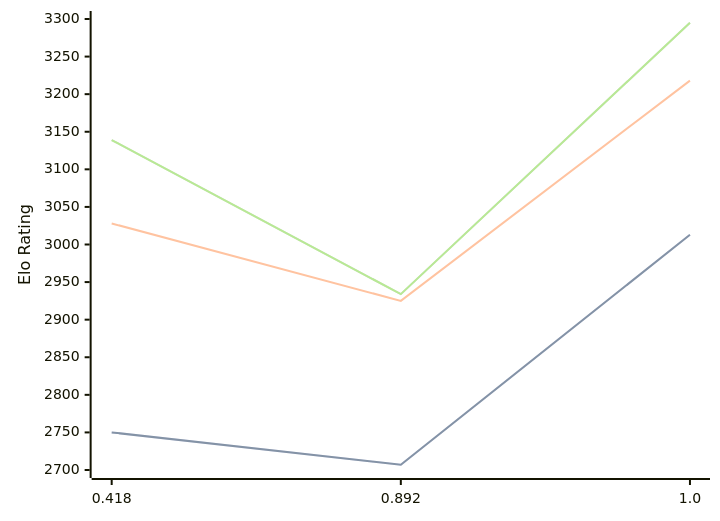
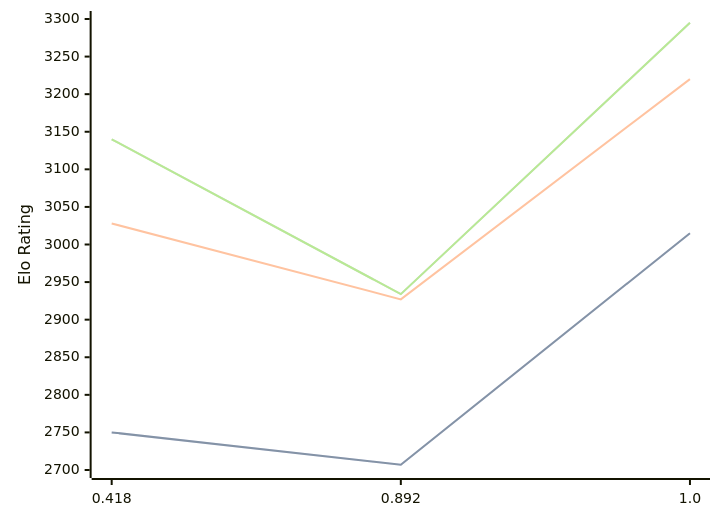
Before and after one commit to computer-chess-index/cci: the diagram in engines/Malika.md, drawn with Mermaid. The commit also changed other lines of this file, not shown here.

Commit message:
Update CCI Ratings (ELO VLTC) - 2026-04-24

````diff
--- a/engines/Malika.md
+++ b/engines/Malika.md
@@ -33,11 +33,11 @@
 ```mermaid
 %%{init: {"theme":"base","themeVariables":{"seriesColors:['#a3a3a3','#222221','#faa371']}}}%%
 xychart-beta
   x-axis ["0.418", "0.892", "1.0"]
   y-axis "Elo Rating" 2700 --> 3300
-  line "STC (8.0+0.08s)" [2750, 2707, 3013]
-  line "STC (8.0+0.08s)" [2750, 2707, 3013]
-  line "LTC (60.0+0.60s)" [3028, 2925, 3218]
-  line "VLTC (2m24s+1.12s)" [3139, 2934, 3295]
-  line "VLTC (2m24s+1.12s)" [3139, 2934, 3295]
+  line "STC (8.0+0.08s)" [2750, 2707, 3015]
+  line "STC (8.0+0.08s)" [2750, 2707, 3015]
+  line "LTC (60.0+0.60s)" [3028, 2927, 3220]
+  line "VLTC (2m24s+1.12s)" [3140, 2934, 3295]
+  line "VLTC (2m24s+1.12s)" [3140, 2934, 3295]
 ```
````
